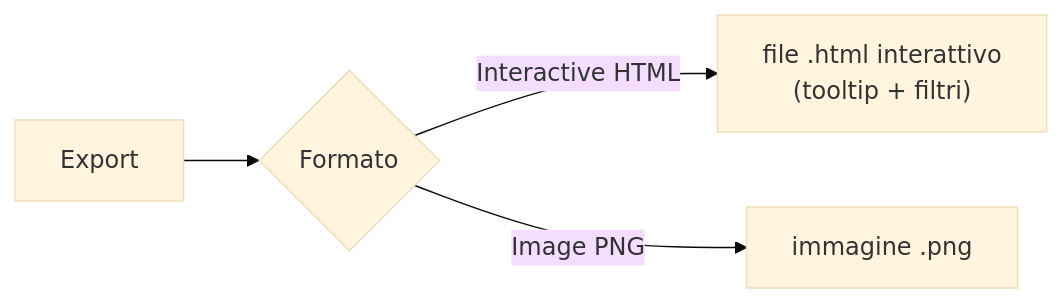
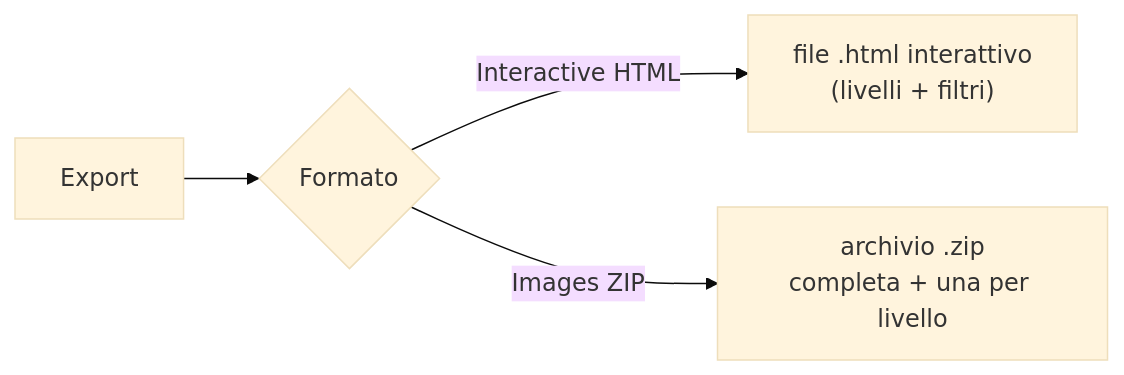
Before and after one commit to Alexkill536ITA/ForgeModpack: the second of 3 diagrams in docs/it/utilizzo/05-import-export-keybind.md, drawn with Mermaid (base theme). The commit also changed other lines of this file and 47 other files, not shown here.

````diff
--- a/docs/it/utilizzo/05-import-export-keybind.md
+++ b/docs/it/utilizzo/05-import-export-keybind.md
@@ -70,6 +82,6 @@
 ```mermaid
 graph LR
     E["Export"] --> F{"Formato"}
-    F -->|Interactive HTML| H["file .html interattivo<br/>(tooltip + filtri)"]
-    F -->|Image PNG| P["immagine .png"]
+    F -->|Interactive HTML| H["file .html interattivo<br/>(livelli + filtri)"]
+    F -->|Images ZIP| P["archivio .zip<br/>completa + una per livello"]
 ```
````
